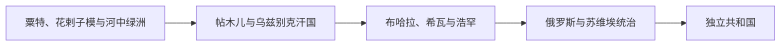
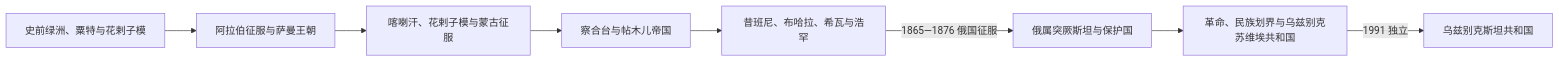
Before and after one commit to tianlan-dev/learning-notes: the diagram in 人文科学/历史/中亚/乌兹别克斯坦/README.md, drawn with Mermaid. The commit also changed other lines of this file and 1417 other files, not shown here.

````diff
--- a/人文科学/历史/中亚/乌兹别克斯坦/README.md
+++ b/人文科学/历史/中亚/乌兹别克斯坦/README.md
@@ -9,7 +9,10 @@
 ```mermaid
 flowchart LR
-    A["粟特、花剌子模与河中绿洲"] --> B["帖木儿与乌兹别克汗国"]
-    B --> C["布哈拉、希瓦与浩罕"]
-    C --> D["俄罗斯与苏维埃统治"]
-    D --> E["独立共和国"]
+    A["史前绿洲、粟特与花剌子模"] --> B["阿拉伯征服与萨曼王朝"]
+    B --> C["喀喇汗、花剌子模与蒙古征服"]
+    C --> D["察合台与帖木儿帝国"]
+    D --> E["昔班尼、布哈拉、希瓦与浩罕"]
+    E -->|1865—1876 俄国征服| F["俄属突厥斯坦与保护国"]
+    F --> G["革命、民族划界与乌兹别克苏维埃共和国"]
+    G -->|1991 独立| H["乌兹别克斯坦共和国"]
 ```
````
